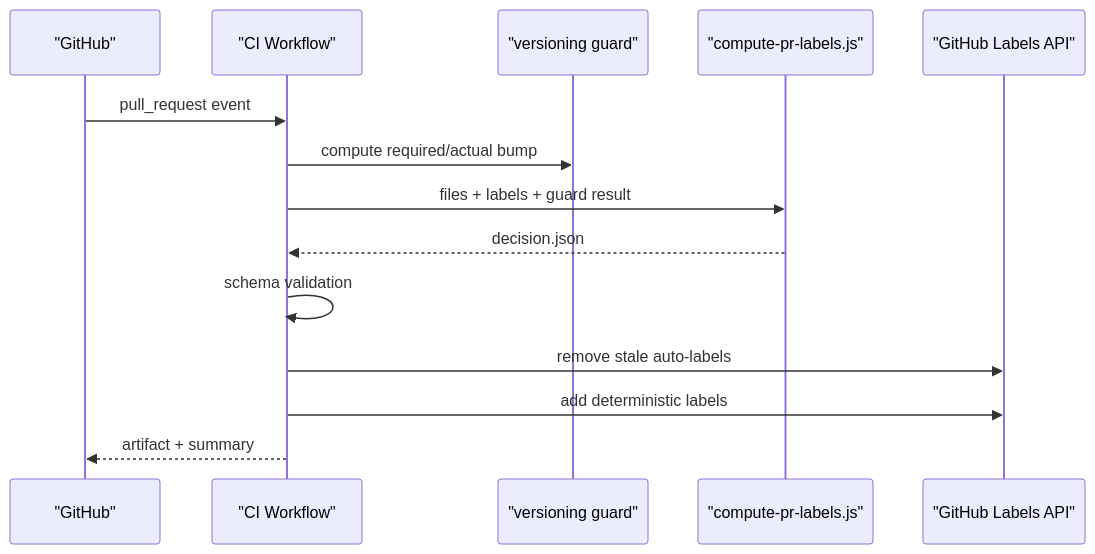
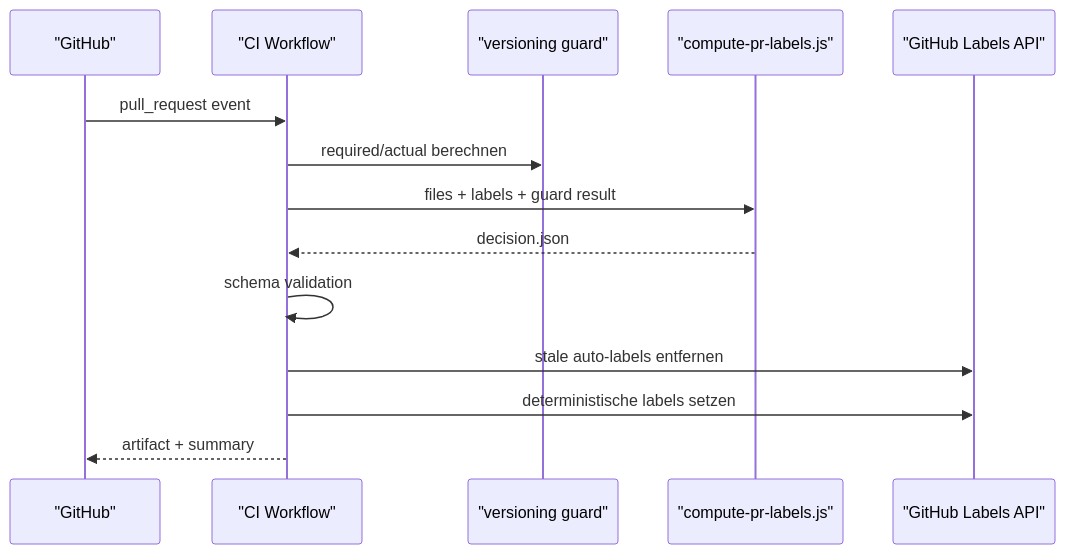
One commit to tomtastisch/FileClassifier changed the third of 4 diagrams in docs/AUTO_LABELING_AND_VERSIONING.md. Above: the diagram before and after it, drawn with Mermaid. The commit also changed other lines of this file and 5 other files, not shown here.

````diff
--- a/docs/AUTO_LABELING_AND_VERSIONING.md
+++ b/docs/AUTO_LABELING_AND_VERSIONING.md
@@ -82,17 +80,17 @@
 ```mermaid
 sequenceDiagram
   participant GH as "GitHub"
   participant CI as "CI Workflow"
   participant Guard as "versioning guard"
   participant Engine as "compute-pr-labels.js"
   participant API as "GitHub Labels API"
 
   GH->>CI: pull_request event
-  CI->>Guard: compute required/actual bump
+  CI->>Guard: required/actual berechnen
   CI->>Engine: files + labels + guard result
   Engine-->>CI: decision.json
   CI->>CI: schema validation
-  CI->>API: remove stale auto-labels
-  CI->>API: add deterministic labels
+  CI->>API: stale auto-labels entfernen
+  CI->>API: deterministische labels setzen
   CI-->>GH: artifact + summary
 ```
````
